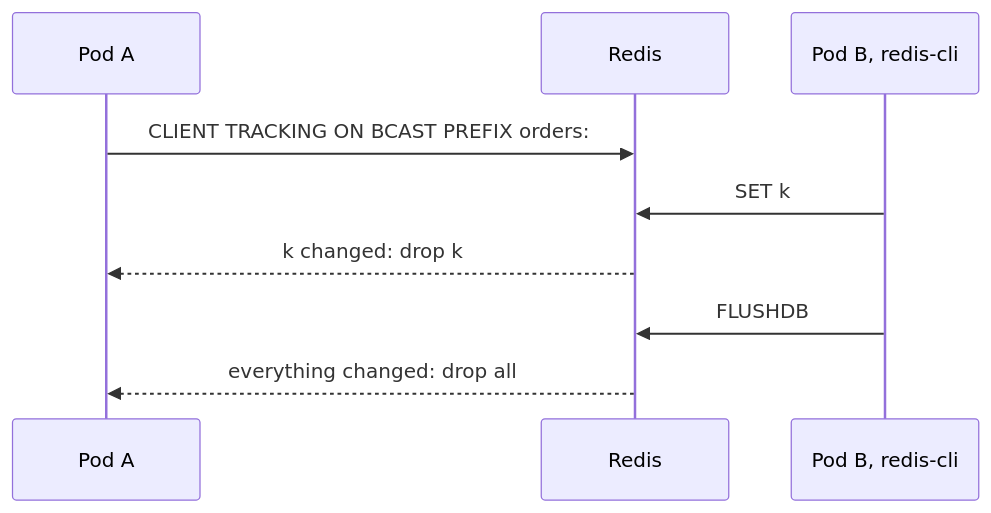
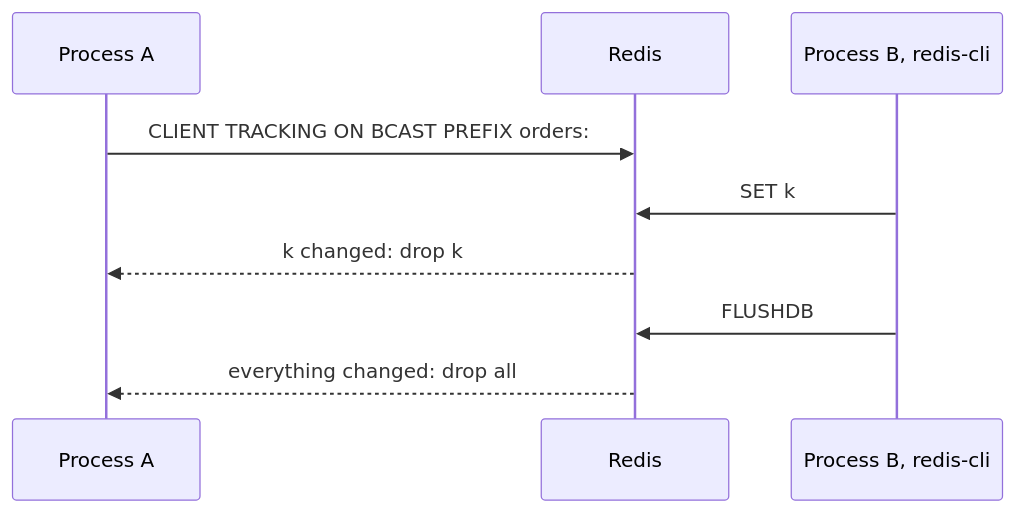
One commit to eugeneliukindev/gashe changed the third of 3 diagrams in docs/en/concepts/backends.md. Above: the diagram before and after it, drawn with Mermaid. The commit also changed other lines of this file and 119 other files, not shown here.

````diff
--- a/docs/en/concepts/backends.md
+++ b/docs/en/concepts/backends.md
@@ -132,11 +197,11 @@
 ```mermaid
 sequenceDiagram
-    participant A as Pod A
+    participant A as Process A
     participant R as Redis
-    participant X as Pod B, redis-cli
+    participant X as Process B, redis-cli
     A->>R: CLIENT TRACKING ON BCAST PREFIX orders:
     X->>R: SET k
     R-->>A: k changed: drop k
     X->>R: FLUSHDB
     R-->>A: everything changed: drop all
 ```
````
